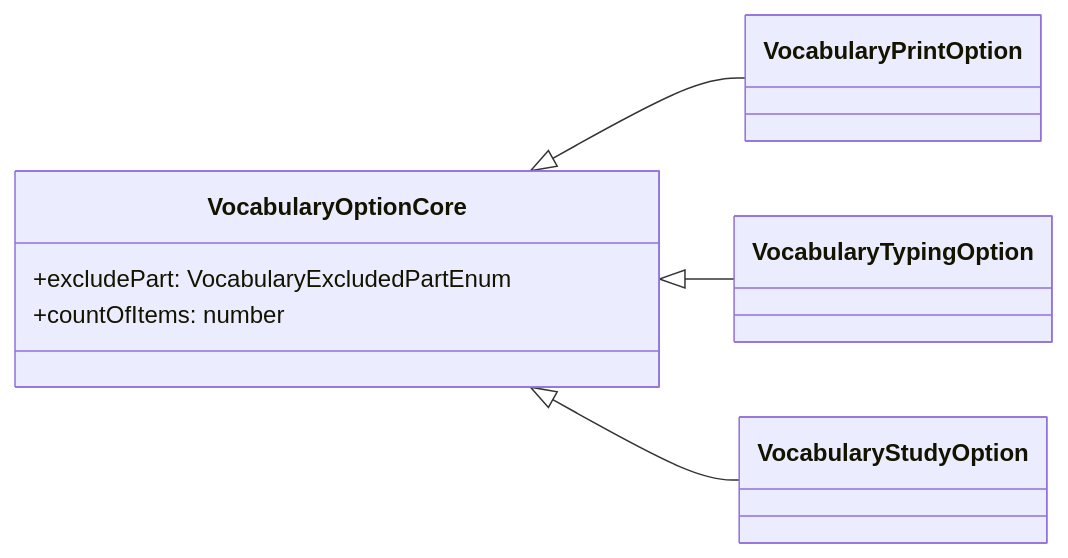
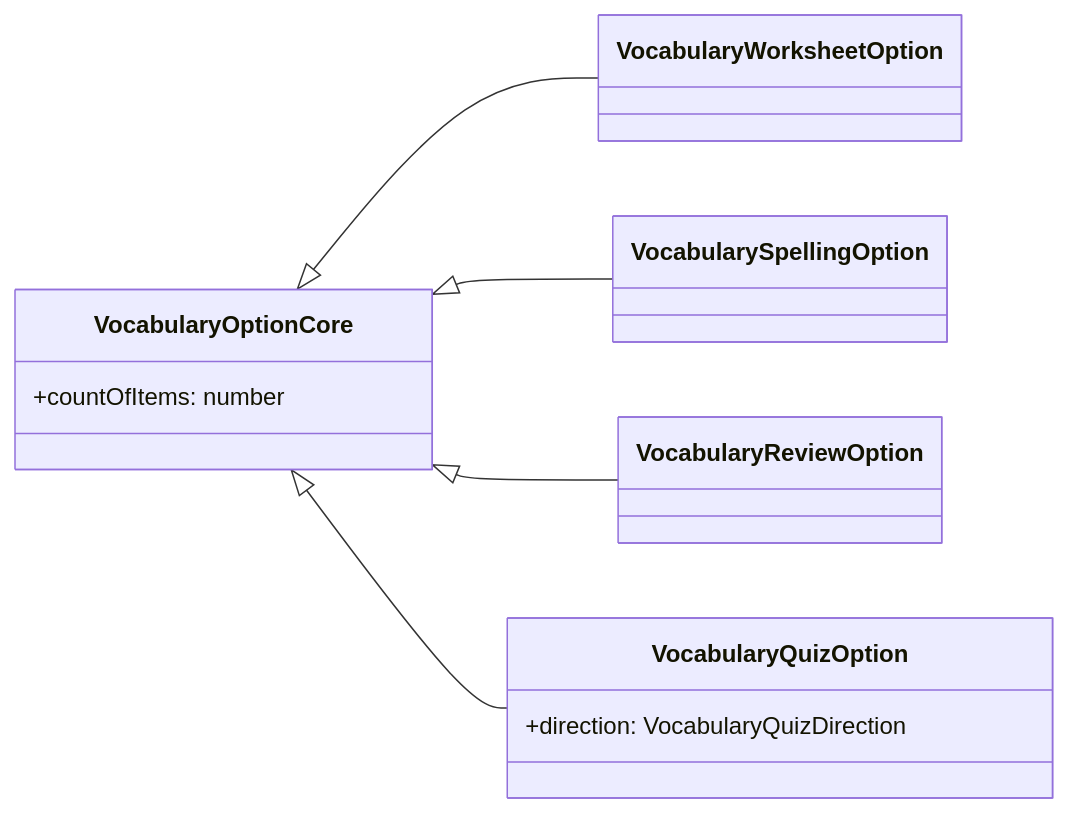
Before and after one commit to alvachien/knowledgebuilder: the fourth of 5 diagrams in docs/data-models.md, drawn with Mermaid. The commit also changed other lines of this file and 74 other files, not shown here.

````diff
--- a/docs/data-models.md
+++ b/docs/data-models.md
@@ -171,14 +182,17 @@
 ```mermaid
 classDiagram
   direction LR
   class VocabularyOptionCore {
-    +excludePart: VocabularyExcludedPartEnum
     +countOfItems: number
   }
-  class VocabularyPrintOption
-  class VocabularyTypingOption
-  class VocabularyStudyOption
-  VocabularyOptionCore <|-- VocabularyPrintOption
-  VocabularyOptionCore <|-- VocabularyTypingOption
-  VocabularyOptionCore <|-- VocabularyStudyOption
+  class VocabularyWorksheetOption
+  class VocabularySpellingOption
+  class VocabularyReviewOption
+  class VocabularyQuizOption {
+    +direction: VocabularyQuizDirection
+  }
+  VocabularyOptionCore <|-- VocabularyWorksheetOption
+  VocabularyOptionCore <|-- VocabularySpellingOption
+  VocabularyOptionCore <|-- VocabularyReviewOption
+  VocabularyOptionCore <|-- VocabularyQuizOption
 ```
````
